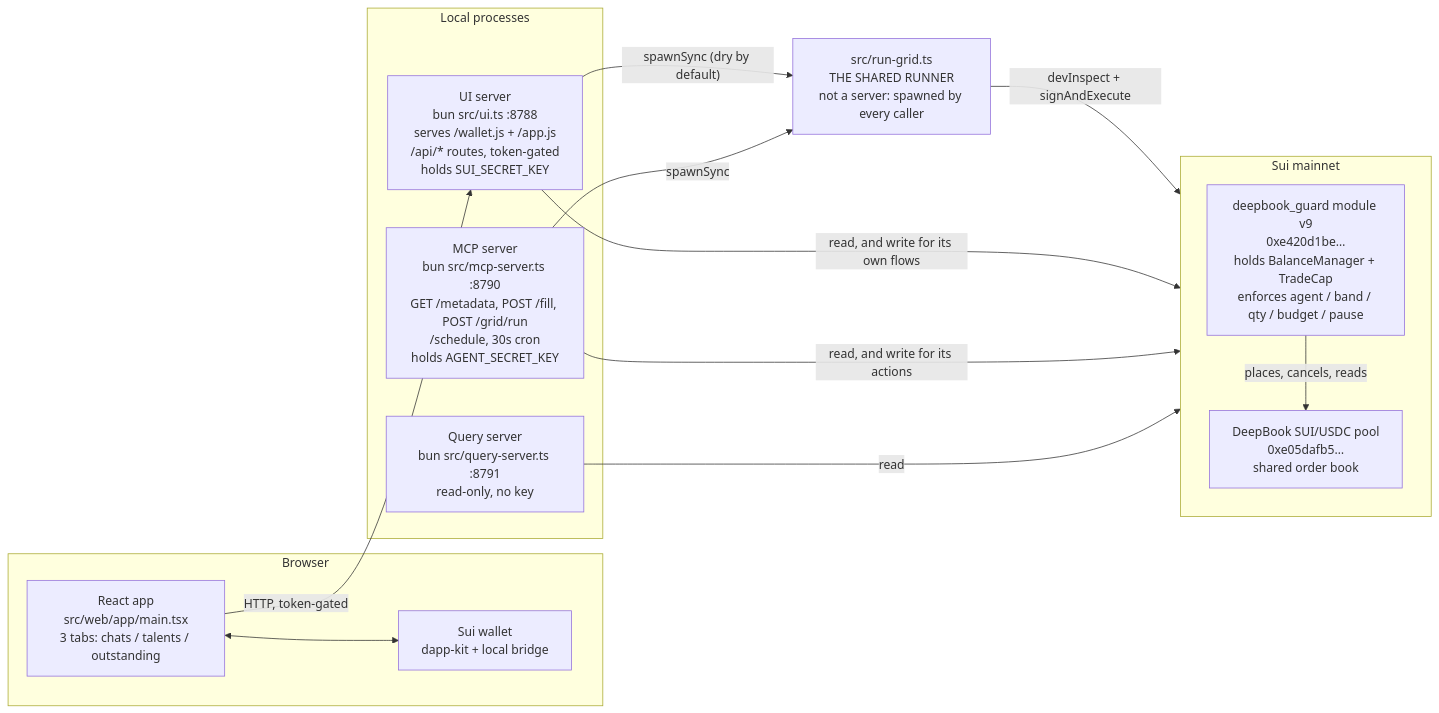
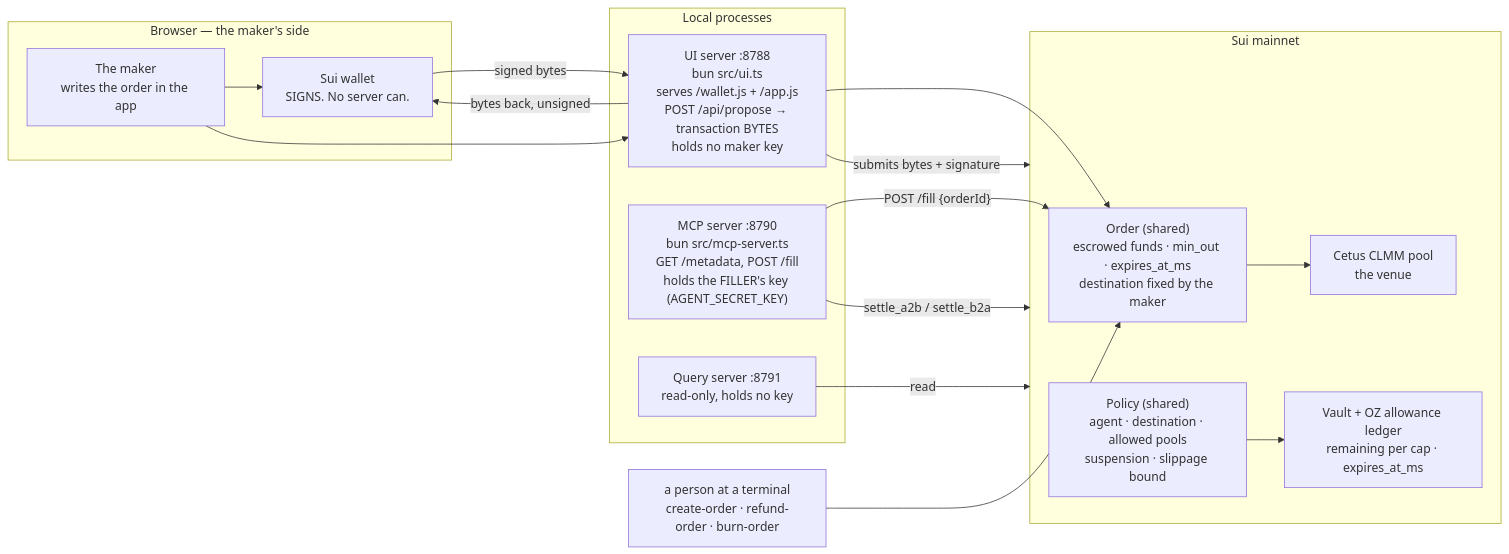
Before and after one commit to Jarekkkkk/suidobashi: the first of 3 diagrams in docs/TALENT-AND-BOUNDARY.md, drawn with Mermaid. The commit also changed other lines of this file and 1 other file, not shown here.

````diff
--- a/docs/TALENT-AND-BOUNDARY.md
+++ b/docs/TALENT-AND-BOUNDARY.md
@@ -18,30 +21,35 @@
 ```mermaid
 flowchart LR
-    subgraph Edge["Browser"]
-        App["React app<br/>src/web/app/main.tsx<br/>3 tabs: chats / talents / outstanding"]
-        Wallet["Sui wallet<br/>dapp-kit + local bridge"]
+    subgraph Edge["Browser — the maker's side"]
+        Maker["The maker<br/>writes the order in the app"]
+        Wallet["Sui wallet<br/>SIGNS. No server can."]
     end
 
     subgraph Procs["Local processes"]
-        UiServer["UI server<br/>bun src/ui.ts :8788<br/>serves /wallet.js + /app.js<br/>/api/* routes, token-gated<br/>holds SUI_SECRET_KEY"]
-        Mcp["MCP server<br/>bun src/mcp-server.ts :8790<br/>GET /metadata, POST /fill, POST /grid/run<br/>/schedule, 30s cron<br/>holds AGENT_SECRET_KEY"]
-        Query["Query server<br/>bun src/query-server.ts :8791<br/>read-only, no key"]
+        UiServer["UI server :8788<br/>bun src/ui.ts<br/>serves /wallet.js + /app.js<br/>POST /api/propose → transaction BYTES<br/>holds no maker key"]
+        Mcp["MCP server :8790<br/>bun src/mcp-server.ts<br/>GET /metadata, POST /fill<br/>holds the FILLER's key (AGENT_SECRET_KEY)"]
+        Query["Query server :8791<br/>read-only, holds no key"]
     end
 
-    Runner["src/run-grid.ts<br/>THE SHARED RUNNER<br/>not a server: spawned by every caller"]
+    Cli["a person at a terminal<br/>create-order · refund-order · burn-order"]
 
     subgraph Chain["Sui mainnet"]
-        Guard["deepbook_guard module v9<br/>0xe420d1be…<br/>holds BalanceManager + TradeCap<br/>enforces agent / band / qty / budget / pause"]
-        Book["DeepBook SUI/USDC pool<br/>0xe05dafb5…<br/>shared order book"]
+        Order["Order (shared)<br/>escrowed funds · min_out · expires_at_ms<br/>destination fixed by the maker"]
+        Policy["Policy (shared)<br/>agent · destination · allowed pools<br/>suspension · slippage bound"]
+        Ledger["Vault + OZ allowance ledger<br/>remaining per cap · expires_at_ms"]
+        Pool["Cetus CLMM pool<br/>the venue"]
     end
 
-    App -- "HTTP, token-gated" --> UiServer
-    App <--> Wallet
-    UiServer -- "spawnSync (dry by default)" --> Runner
-    Mcp -- "spawnSync" --> Runner
-    Runner -- "devInspect + signAndExecute" --> Chain
-    UiServer -- "read, and write for its own flows" --> Chain
-    Mcp -- "read, and write for its actions" --> Chain
+    Maker --> Wallet
+    Maker --> UiServer
+    UiServer -- "bytes back, unsigned" --> Wallet
+    Wallet -- "signed bytes" --> UiServer
+    UiServer -- "submits bytes + signature" --> Chain
+    UiServer --> Order
+    Cli --> Order
+    Mcp -- "POST /fill {orderId}" --> Order
+    Mcp -- "settle_a2b / settle_b2a" --> Chain
     Query -- "read" --> Chain
-    Guard -- "places, cancels, reads" --> Book
+    Order --> Pool
+    Policy --> Ledger
 ```
````
